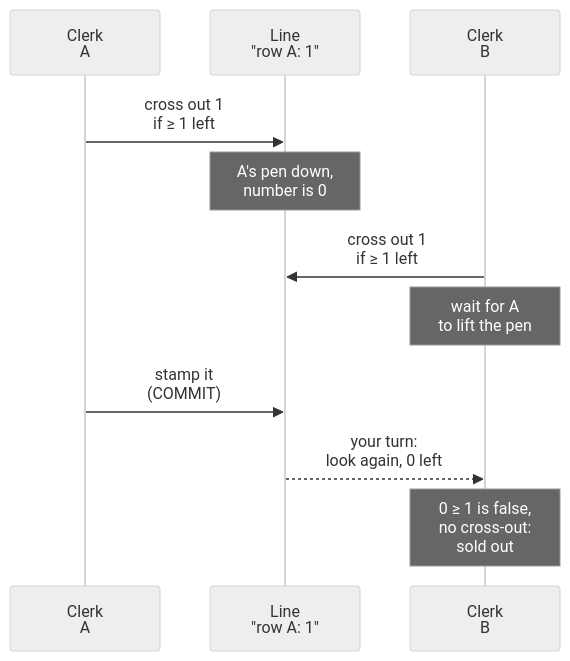
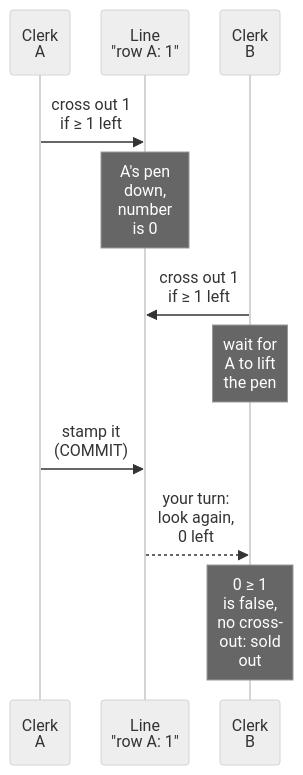
The diagram in content/en/posts/2026-11-22-transactions-atomic-update.md (duongbui234/software-engineering-atlas), drawn with Mermaid (neutral theme) before and after one commit. The commit also changed 134 other files, not shown here.

First line of the commit message:
Fit every Mermaid diagram at 390px without sideways scroll (#56)

````diff
--- a/content/en/posts/2026-11-22-transactions-atomic-update.md
+++ b/content/en/posts/2026-11-22-transactions-atomic-update.md
@@ -47,13 +47,14 @@
 ```mermaid
+%%{init: {"sequence": {"width": 60, "actorMargin": 6, "diagramMarginX": 4}}}%%
 sequenceDiagram
     participant A as Clerk<br/>A
     participant S as Line<br/>"row A: 1"
     participant B as Clerk<br/>B
     A->>S: cross out 1<br/>if ≥ 1 left
-    Note over S: A's pen down,<br/>number is 0
+    Note over S: A's pen<br/>down,<br/>number<br/>is 0
     B->>S: cross out 1<br/>if ≥ 1 left
-    Note over B: wait for A<br/>to lift the pen
+    Note over B: wait for<br/>A to lift<br/>the pen
     A->>S: stamp it<br/>(COMMIT)
-    S-->>B: your turn:<br/>look again, 0 left
-    Note over B: 0 ≥ 1 is false,<br/>no cross-out:<br/>sold out
+    S-->>B: your turn:<br/>look again,<br/>0 left
+    Note over B: 0 ≥ 1<br/>is false,<br/>no cross-<br/>out: sold<br/>out
 ```
````
